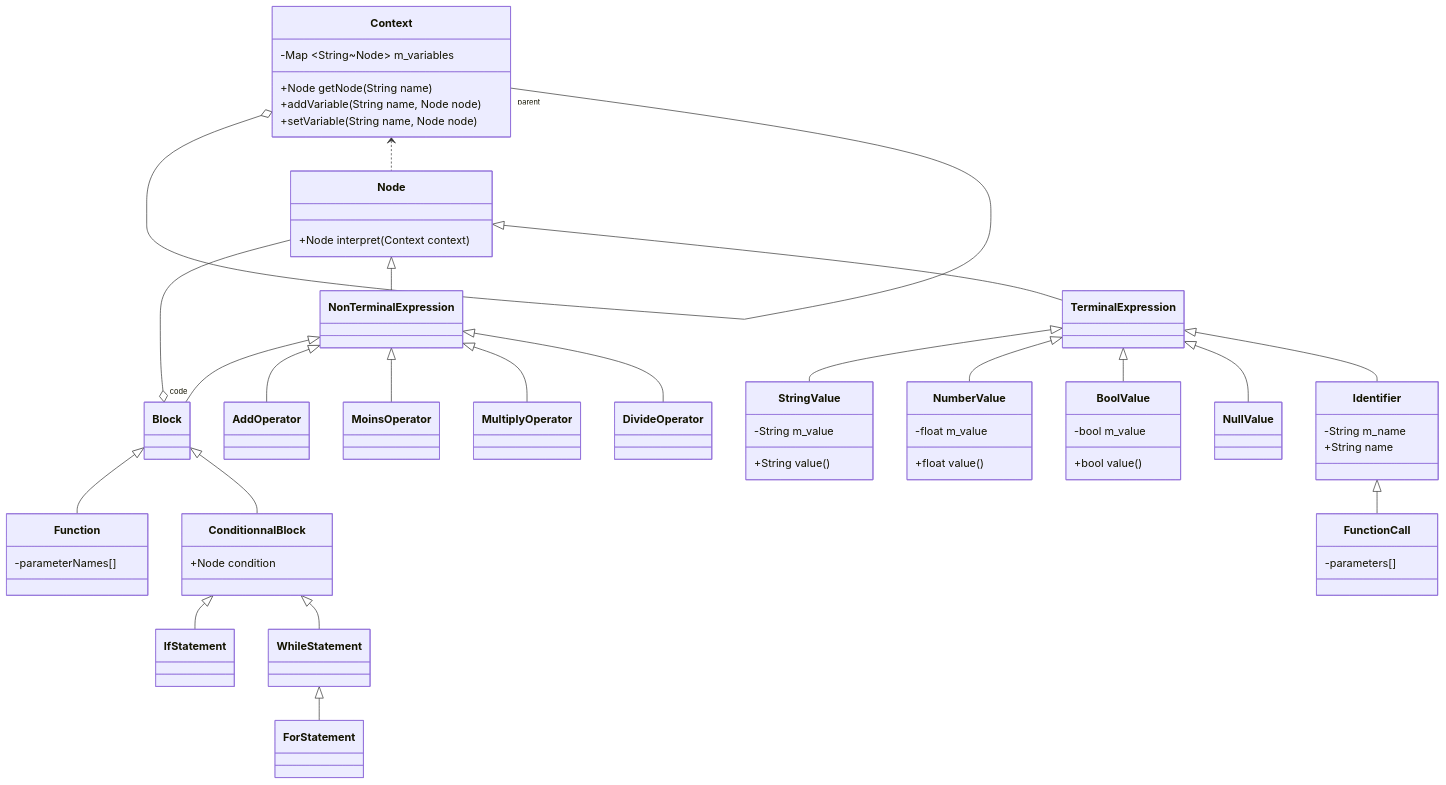
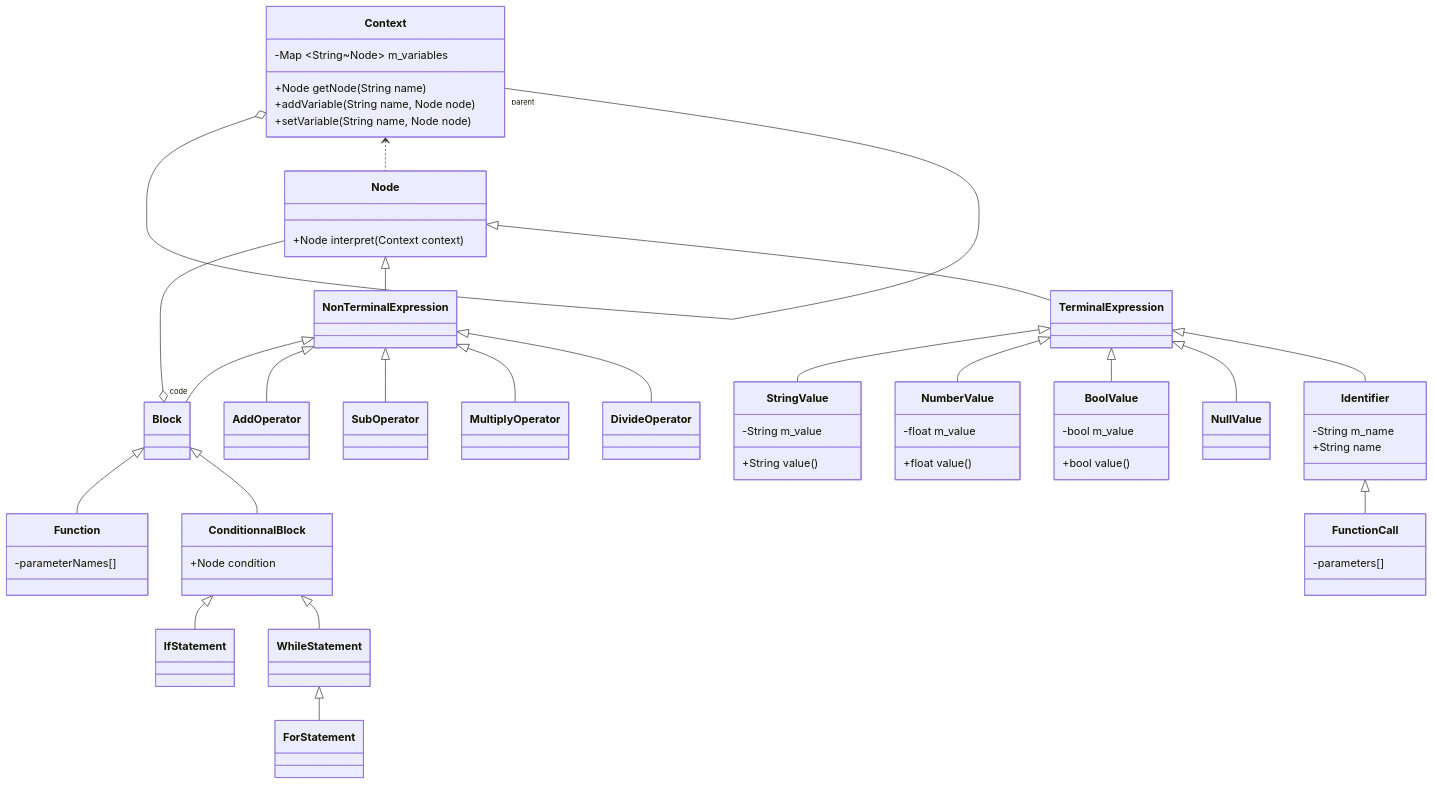
One commit to TEDDAC/The-Bor-Programming-Langage changed the diagram in README.MD. Above: the diagram before and after it, drawn with Mermaid. The commit also changed other lines of this file and 6 other files, not shown here.

```diff
--- a/README.MD
+++ b/README.MD
@@ -78,7 +78,7 @@
     class NonTerminalExpression
     class TerminalExpression
     class AddOperator
-    class MoinsOperator
+    class SubOperator
     class DivideOperator
     class MultiplyOperator
 
@@ -92,7 +92,7 @@
     Node <|-- NonTerminalExpression
     NonTerminalExpression <|-- Block
     NonTerminalExpression <|-- AddOperator
-    NonTerminalExpression <|-- MoinsOperator
+    NonTerminalExpression <|-- SubOperator
     NonTerminalExpression <|-- MultiplyOperator
     NonTerminalExpression <|-- DivideOperator
     
```
